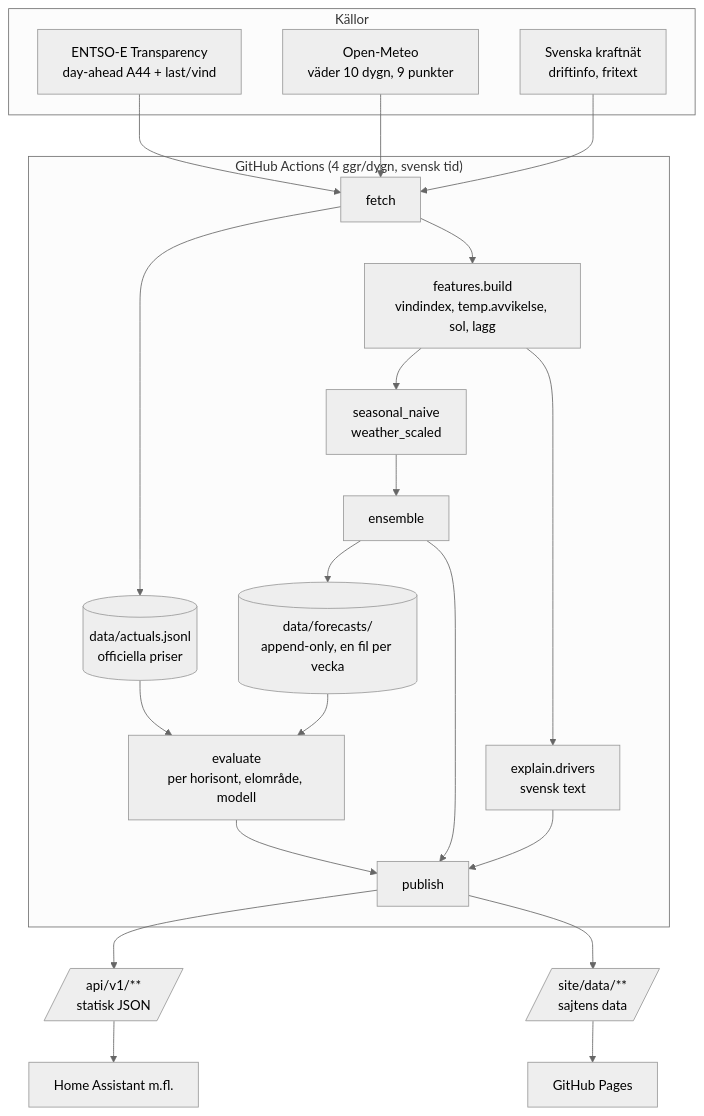
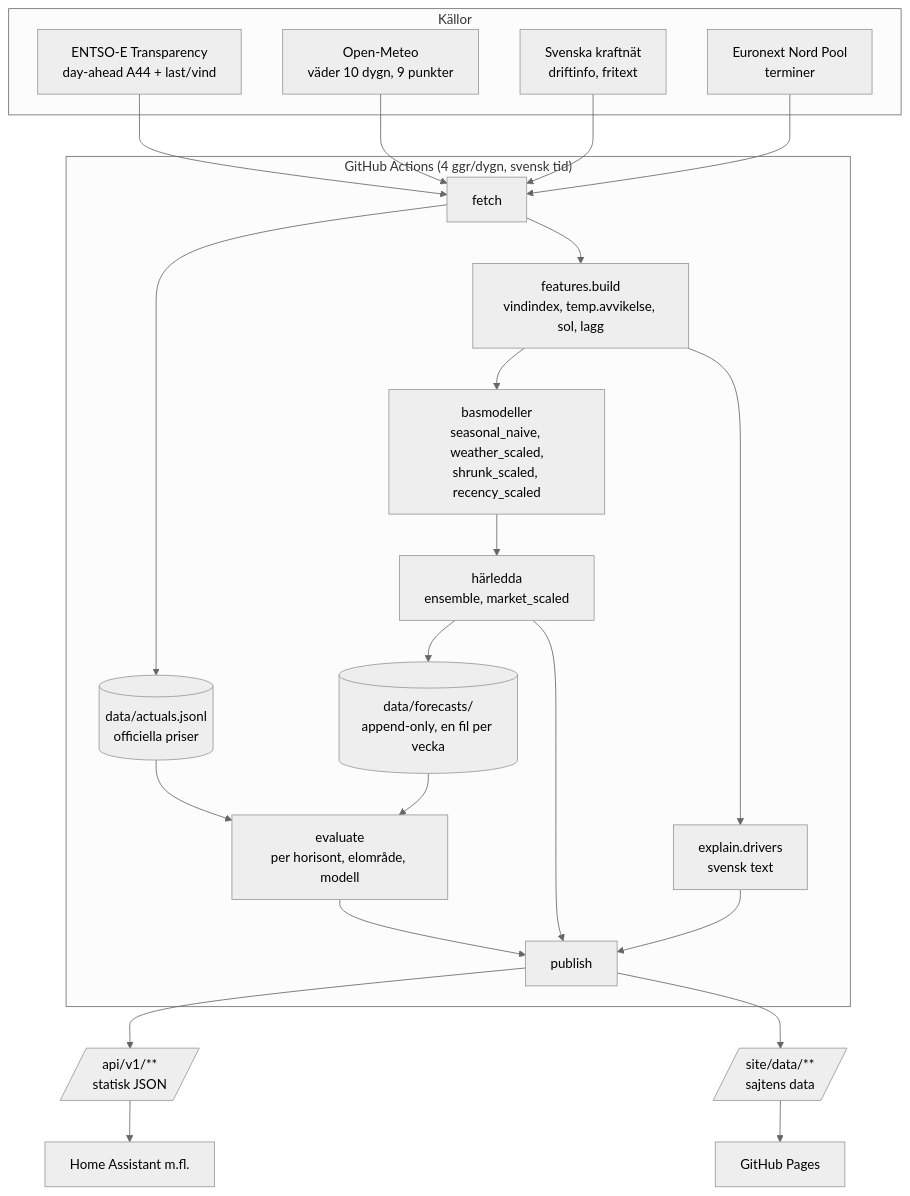
Before and after one commit to hakannormark/power-price-oracle: the diagram in README.md, drawn with Mermaid (neutral theme). The commit also changed other lines of this file and 15 other files, not shown here.

````diff
--- a/README.md
+++ b/README.md
@@ -25,31 +25,33 @@
 ```mermaid
 flowchart TD
     subgraph Källor
         E[ENTSO-E Transparency<br/>day-ahead A44 + last/vind]
         O[Open-Meteo<br/>väder 10 dygn, 9 punkter]
         S[Svenska kraftnät<br/>driftinfo, fritext]
+        T[Euronext Nord Pool<br/>terminer]
     end
 
     subgraph "GitHub Actions (4 ggr/dygn, svensk tid)"
         F[fetch] --> A[(data/actuals.jsonl<br/>officiella priser)]
         F --> B[features.build<br/>vindindex, temp.avvikelse, sol, lagg]
-        B --> M[seasonal_naive<br/>weather_scaled]
-        M --> N[ensemble]
+        B --> M[basmodeller<br/>seasonal_naive, weather_scaled,<br/>shrunk_scaled, recency_scaled]
+        M --> N[härledda<br/>ensemble, market_scaled]
         N --> P[(data/forecasts/<br/>append-only, en fil per vecka)]
         A --> V[evaluate<br/>per horisont, elområde, modell]
         P --> V
         B --> D[explain.drivers<br/>svensk text]
         V --> W[publish]
         N --> W
         D --> W
     end
 
     E --> F
     O --> F
     S --> F
+    T --> F
 
     W --> API[/api/v1/**<br/>statisk JSON/]
     W --> SITE[/site/data/**<br/>sajtens data/]
     API --> HA[Home Assistant m.fl.]
     SITE --> GH[GitHub Pages]
 ```
````
